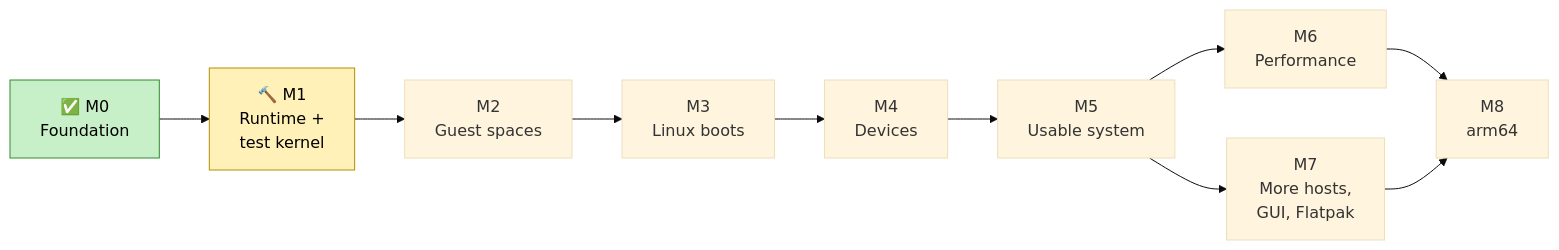
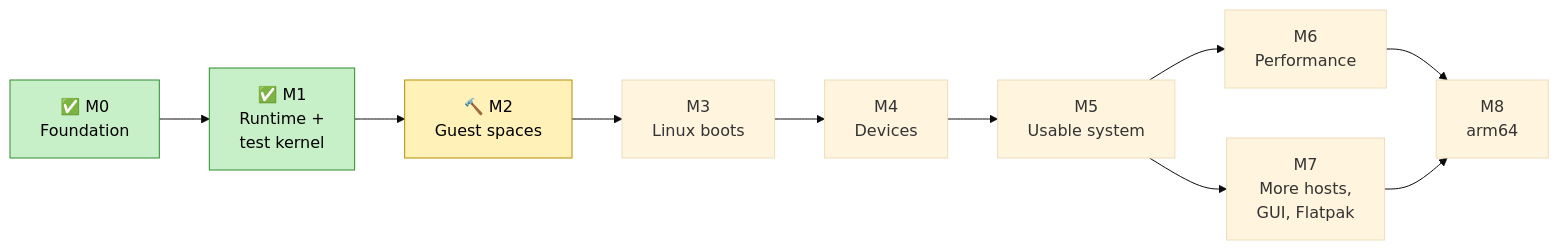
Before and after one commit to Renan2010p/liu: diagram 12 of 13 in docs/architecture.md, drawn with Mermaid (base theme). The commit also changed other lines of this file and 20 other files, not shown here.

````diff
--- a/docs/architecture.md
+++ b/docs/architecture.md
@@ -702,15 +707,16 @@
 ```mermaid
 flowchart LR
-    M0["✅ M0<br/>Foundation"] --> M1["🔨 M1<br/>Runtime +<br/>test kernel"]
-    M1 --> M2["M2<br/>Guest spaces"]
+    M0["✅ M0<br/>Foundation"] --> M1["✅ M1<br/>Runtime +<br/>test kernel"]
+    M1 --> M2["🔨 M2<br/>Guest spaces"]
     M2 --> M3["M3<br/>Linux boots"]
     M3 --> M4["M4<br/>Devices"]
     M4 --> M5["M5<br/>Usable system"]
     M5 --> M6["M6<br/>Performance"]
     M5 --> M7["M7<br/>More hosts,<br/>GUI, Flatpak"]
     M6 --> M8["M8<br/>arm64"]
     M7 --> M8
 
     style M0 fill:#c8f0c8,stroke:#2e8b2e,color:#000
-    style M1 fill:#fff1b8,stroke:#b38f00,color:#000
+    style M1 fill:#c8f0c8,stroke:#2e8b2e,color:#000
+    style M2 fill:#fff1b8,stroke:#b38f00,color:#000
 ```
````
